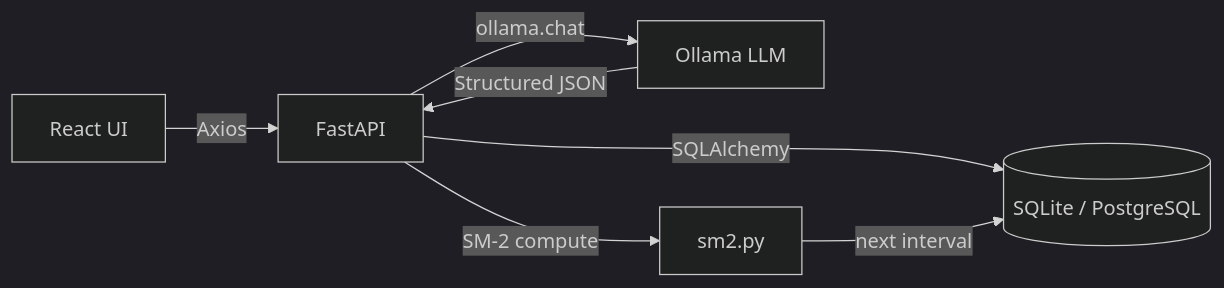
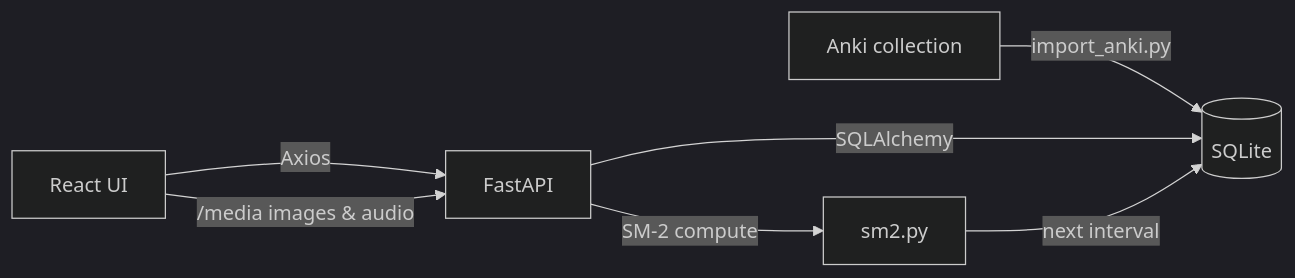
One commit to HoangViet05/flashcards changed the diagram in README.md. Above: the diagram before and after it, drawn with Mermaid (dark theme). The commit also changed other lines of this file, not shown here.

Commit message:
docs: rewrite README around working offline app with Anki dataset

````diff
--- a/README.md
+++ b/README.md
@@ -176,9 +185,9 @@
 ```mermaid
 graph LR
+    F[Anki collection] -->|import_anki.py| C
     A[React UI] -->|Axios| B[FastAPI]
-    B -->|SQLAlchemy| C[(SQLite / PostgreSQL)]
-    B -->|ollama.chat| D[Ollama LLM]
-    D -->|Structured JSON| B
+    A -->|/media images & audio| B
+    B -->|SQLAlchemy| C[(SQLite)]
     B -->|SM-2 compute| E[sm2.py]
     E -->|next interval| C
 ```
````
